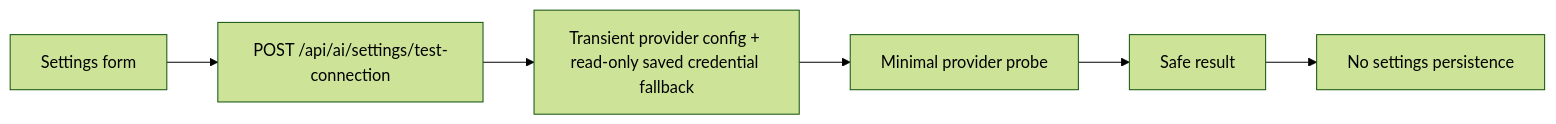
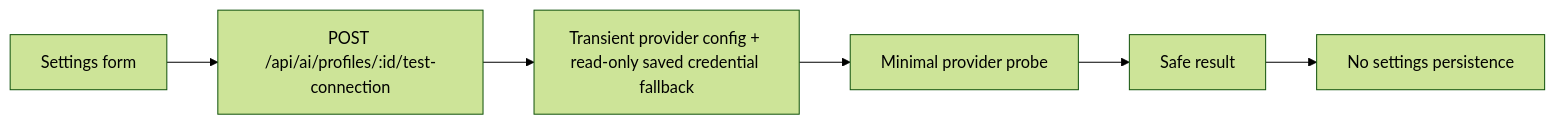
Before and after one commit to tangxiangxiang/nuvyn: the second of 2 diagrams in docs/architecture/ai.md, drawn with Mermaid (forest theme). The commit also changed other lines of this file and 41 other files, not shown here.

````diff
--- a/docs/architecture/ai.md
+++ b/docs/architecture/ai.md
@@ -58,8 +97,8 @@
 ```mermaid
 flowchart LR
-  Form["Settings form"] --> Route["POST /api/ai/settings/test-connection"]
+  Form["Settings form"] --> Route["POST /api/ai/profiles/:id/test-connection"]
   Route --> Config["Transient provider config + read-only saved credential fallback"]
   Config --> Probe["Minimal provider probe"]
   Probe --> Result["Safe result"]
   Result --> NoWrite["No settings persistence"]
 ```
````
